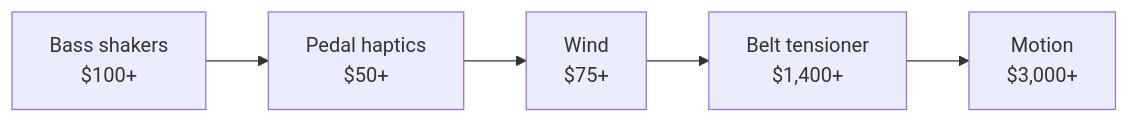
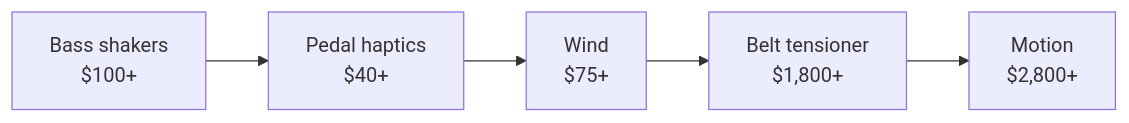
One commit to johnjp15/sim-racing-guide changed the diagram in docs/components/immersion.md. Above: the diagram before and after it, drawn with Mermaid. The commit also changed other lines of this file and 36 other files, not shown here.

````diff
--- a/docs/components/immersion.md
+++ b/docs/components/immersion.md
@@ -19,4 +18,4 @@
 ```mermaid
 flowchart LR
-    A[Bass shakers<br>$100+] --> B[Pedal haptics<br>$50+] --> C[Wind<br>$75+] --> D[Belt tensioner<br>$1,400+] --> E[Motion<br>$3,000+]
+    A[Bass shakers<br>$100+] --> B[Pedal haptics<br>$40+] --> C[Wind<br>$75+] --> D[Belt tensioner<br>$1,800+] --> E[Motion<br>$2,800+]
 ```
````
